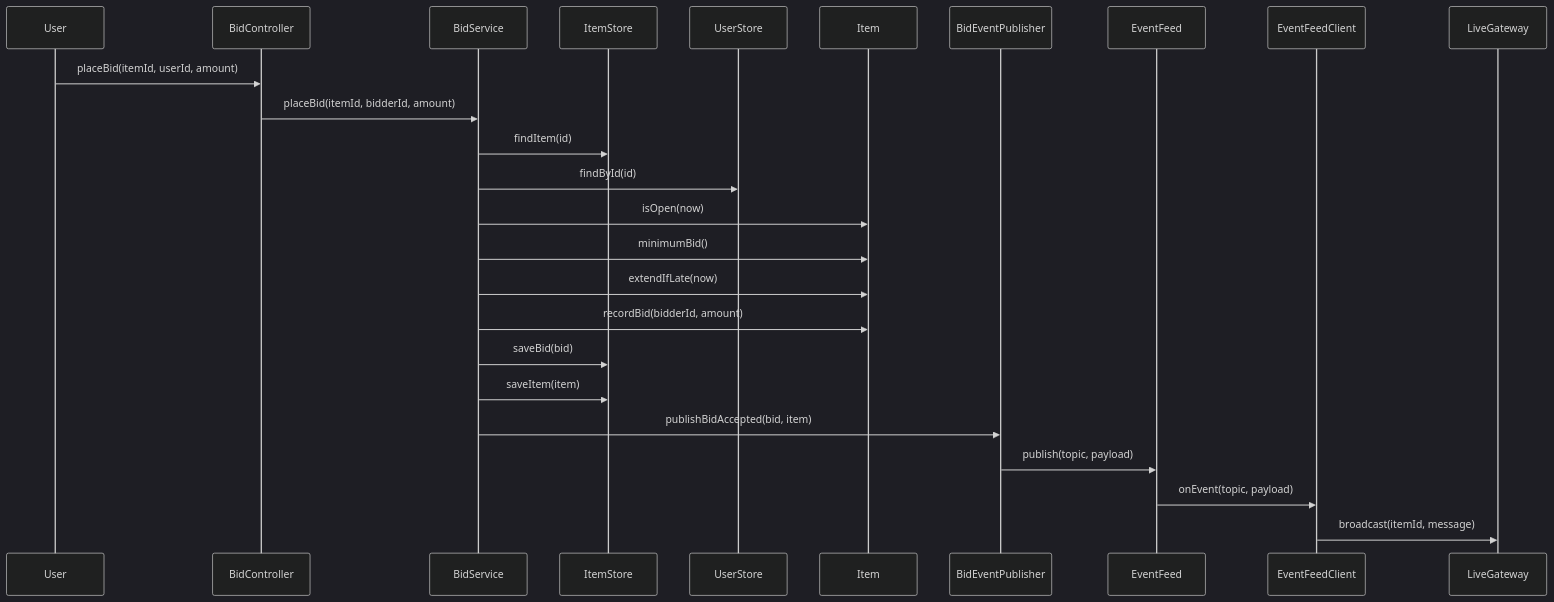
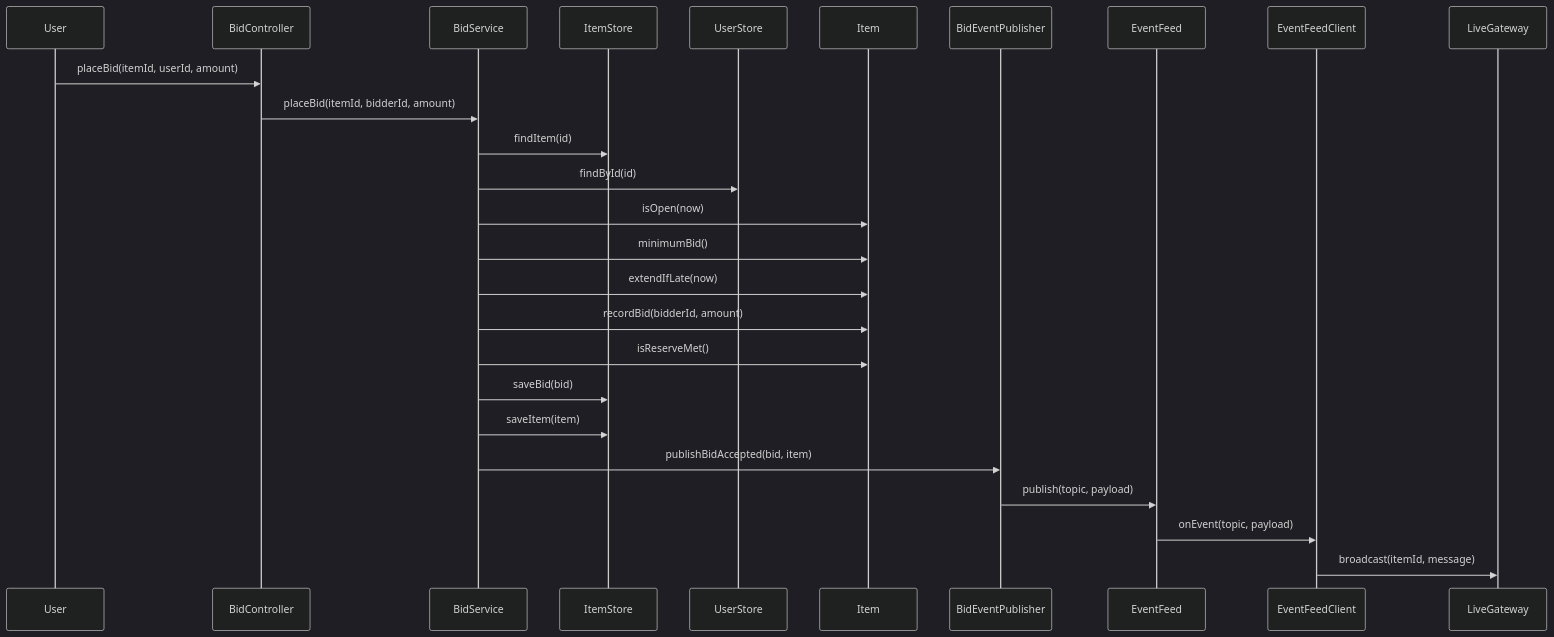
The fifth of 9 diagrams in showcases/auction/docs/design.md (Benjam1nP/AISE), drawn with Mermaid (dark theme) before and after one commit. The commit also changed other lines of this file and 84 other files, not shown here.

````diff
--- a/showcases/auction/docs/design.md
+++ b/showcases/auction/docs/design.md
@@ -237,27 +257,28 @@
 ```mermaid
 sequenceDiagram
   participant ACT_001 as User
   participant DSN_020 as BidController
   participant DSN_023 as BidService
   participant DSN_029 as ItemStore
   participant DSN_028 as UserStore
   participant DSN_015 as Item
   participant DSN_031 as BidEventPublisher
   participant DSN_034 as EventFeed
   participant DSN_032 as EventFeedClient
   participant DSN_033 as LiveGateway
   ACT_001->>DSN_020: placeBid(itemId, userId, amount)
   DSN_020->>DSN_023: placeBid(itemId, bidderId, amount)
   DSN_023->>DSN_029: findItem(id)
   DSN_023->>DSN_028: findById(id)
   DSN_023->>DSN_015: isOpen(now)
   DSN_023->>DSN_015: minimumBid()
   DSN_023->>DSN_015: extendIfLate(now)
   DSN_023->>DSN_015: recordBid(bidderId, amount)
+  DSN_023->>DSN_015: isReserveMet()
   DSN_023->>DSN_029: saveBid(bid)
   DSN_023->>DSN_029: saveItem(item)
   DSN_023->>DSN_031: publishBidAccepted(bid, item)
   DSN_031->>DSN_034: publish(topic, payload)
   DSN_034->>DSN_032: onEvent(topic, payload)
   DSN_032->>DSN_033: broadcast(itemId, message)
 ```
````
